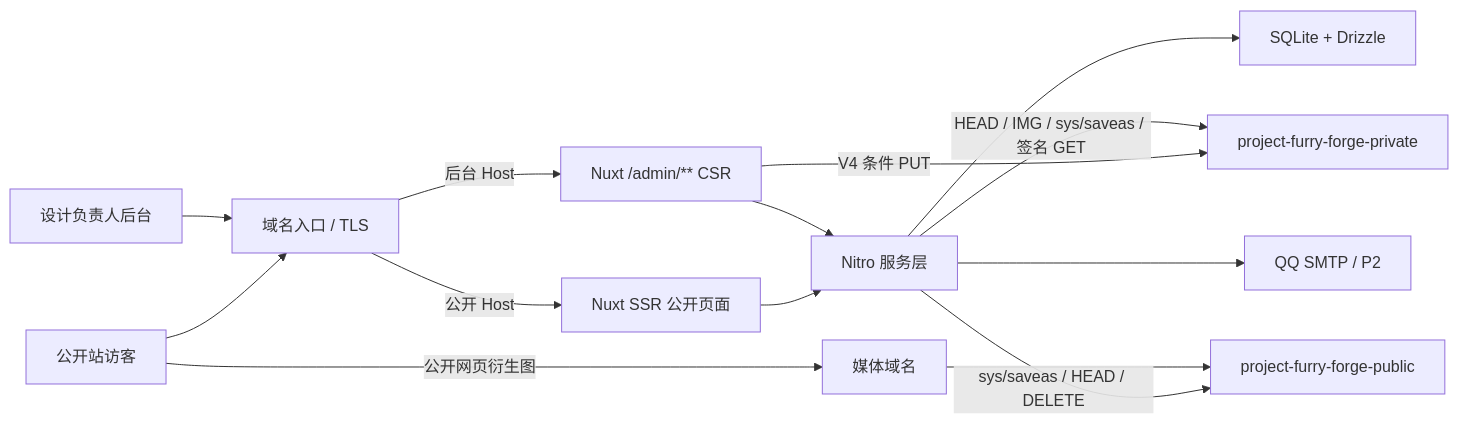
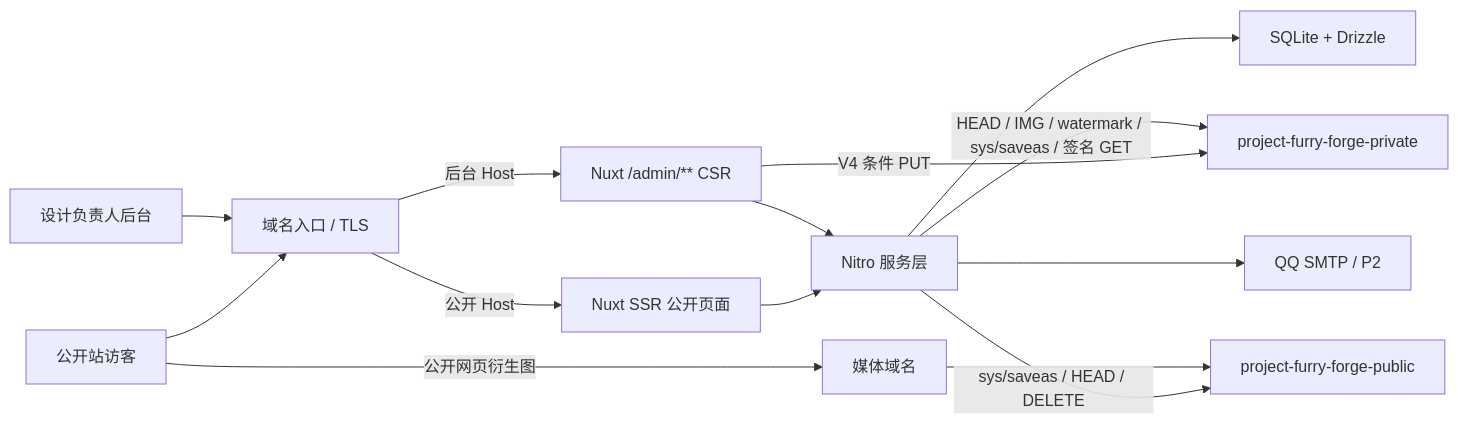
One commit to WangMinan/project-fur-forge changed the diagram in agent_docs/需求1-兽装工作室主页/planning/PLAN.md. Above: the diagram before and after it, drawn with Mermaid. The commit also changed other lines of this file and 14 other files, not shown here.

````diff
--- a/agent_docs/需求1-兽装工作室主页/planning/PLAN.md
+++ b/agent_docs/需求1-兽装工作室主页/planning/PLAN.md
@@ -49,16 +50,16 @@
 ```mermaid
 flowchart LR
     visitor[公开站访客] --> proxy[域名入口 / TLS]
     admin[设计负责人后台] --> proxy
     proxy -->|公开 Host| public[Nuxt SSR 公开页面]
     proxy -->|后台 Host| adminui[Nuxt /admin/** CSR]
     public --> api[Nitro 服务层]
     adminui --> api
     api --> db[SQLite + Drizzle]
     adminui -->|V4 条件 PUT| private[project-furry-forge-private]
-    api -->|HEAD / IMG / sys/saveas / 签名 GET| private
+    api -->|HEAD / IMG / watermark / sys/saveas / 签名 GET| private
     api -->|sys/saveas / HEAD / DELETE| publicbucket[project-furry-forge-public]
     visitor -->|公开网页衍生图| media[媒体域名]
     media --> publicbucket
     api --> smtp[QQ SMTP / P2]
 ```
````
